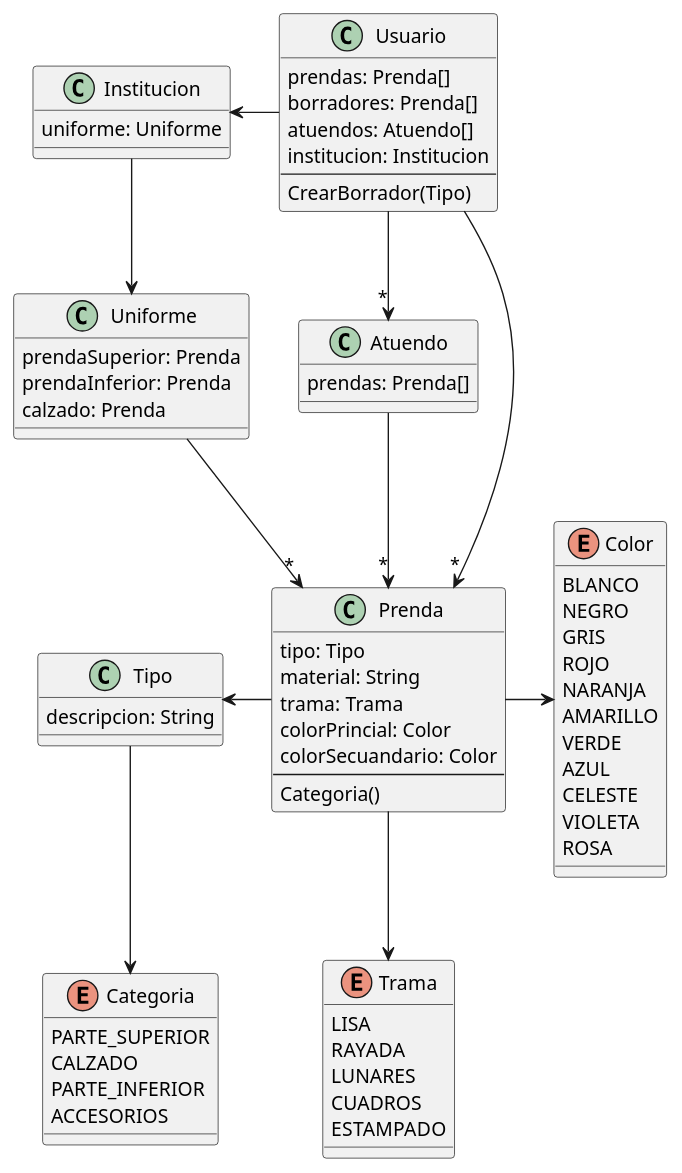
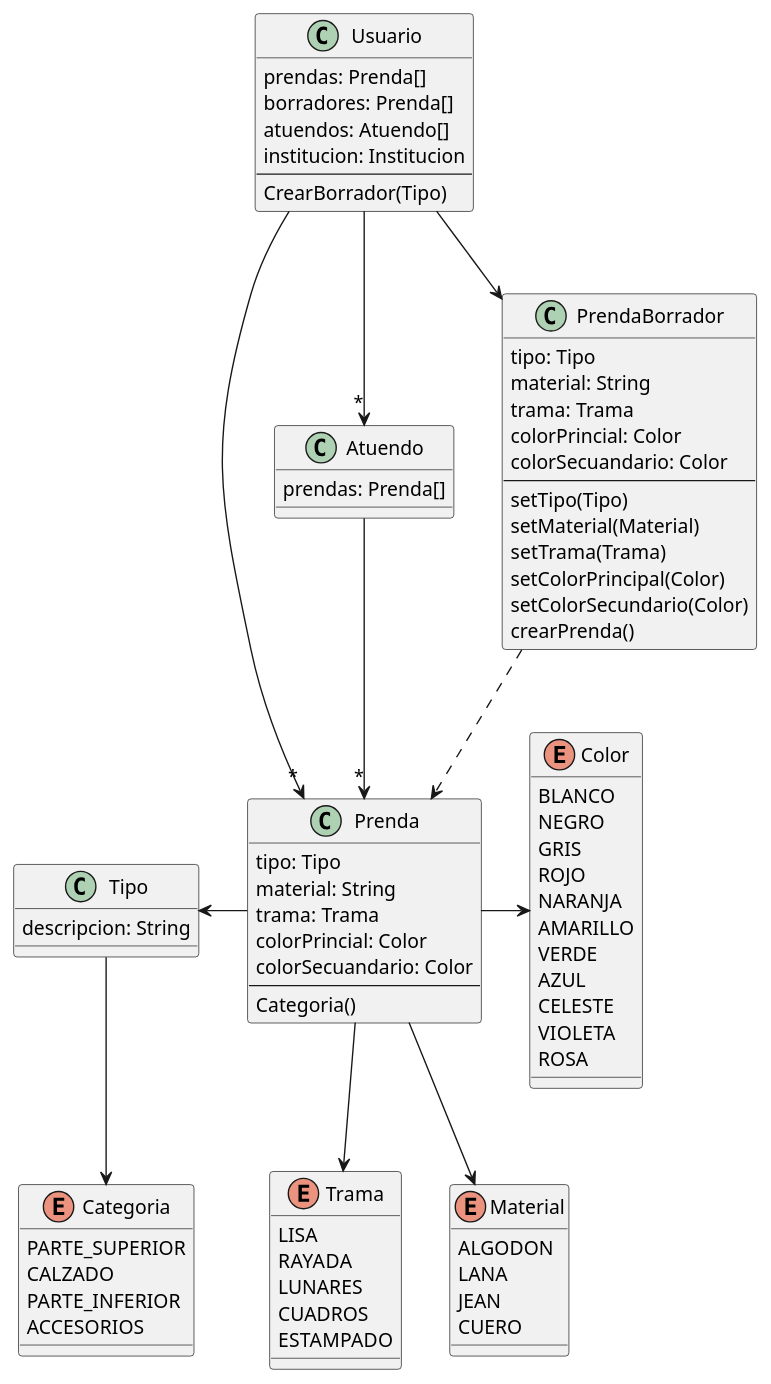
Before and after one commit to lrizzitano/tp-que-me-pongo: the diagram in src/Diagrama-Entidades.puml, drawn with PlantUML. The commit also changed 7 other files, not shown here.

```diff
--- a/src/Diagrama-Entidades.puml
+++ b/src/Diagrama-Entidades.puml
@@ -1,84 +1,96 @@
 @startuml
 
 class Usuario {
     prendas: Prenda[]
     borradores: Prenda[]
     atuendos: Atuendo[]
     institucion: Institucion
     --
     CrearBorrador(Tipo)
 }
 
 class Atuendo {
     prendas: Prenda[]
 }
 
-class Uniforme {
-    prendaSuperior: Prenda
-    prendaInferior: Prenda
-    calzado: Prenda
-}
-
-class Institucion {
-    uniforme: Uniforme
-}
-
 class Prenda {
     tipo: Tipo
     material: String
     trama: Trama
     colorPrincial: Color
     colorSecuandario: Color
     --
     Categoria()
+}
+
+class PrendaBorrador {
+    tipo: Tipo
+    material: String
+    trama: Trama
+    colorPrincial: Color
+    colorSecuandario: Color
+    --
+    setTipo(Tipo)
+    setMaterial(Material)
+    setTrama(Trama)
+    setColorPrincipal(Color)
+    setColorSecundario(Color)
+    crearPrenda()
 }
 
 class Tipo {
     descripcion: String
 }
 
 enum Trama {
     LISA
     RAYADA
     LUNARES
     CUADROS
     ESTAMPADO
 }
 
 enum Color {
     BLANCO
     NEGRO
     GRIS
     ROJO
     NARANJA
     AMARILLO
     VERDE
     AZUL
     CELESTE
     VIOLETA
     ROSA
 }
 
 enum Categoria {
     PARTE_SUPERIOR
     CALZADO
     PARTE_INFERIOR
     ACCESORIOS
 }
 
+enum Material {
+    ALGODON
+    LANA
+    JEAN
+    CUERO
+}
+
 Atuendo -->"*" Prenda
-Uniforme -->"*" Prenda
 
 Usuario -->"*" Prenda
+Usuario --> PrendaBorrador
 Usuario -->"*" Atuendo
-Usuario -l-> Institucion
 
-Institucion --> Uniforme
+PrendaBorrador ..> Prenda
 
 Prenda -l-> Tipo
 Prenda --> Trama
 Prenda -> Color
+Prenda --> Material
 
 Tipo --> Categoria
 
 @enduml
```
